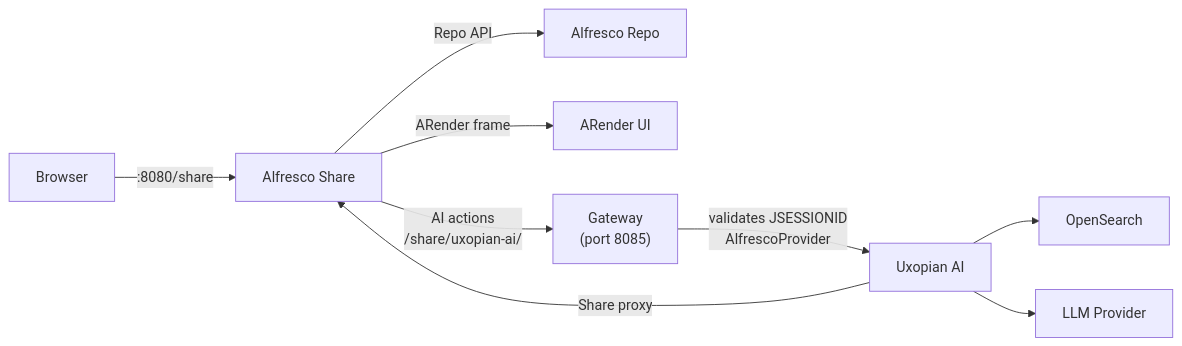
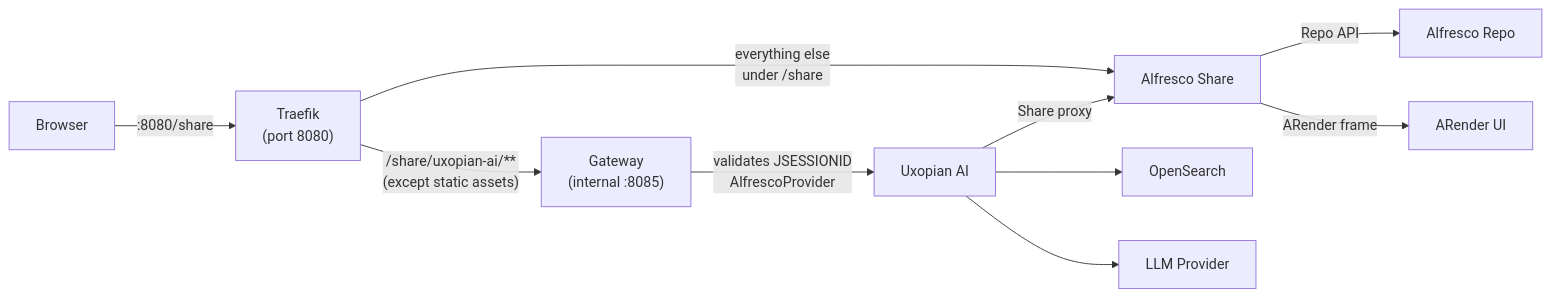
One commit to Uxopian/uxodocs changed the second of 2 diagrams in docs/uxopian-ai/getting_started/quickstart_alfresco.mdx. Above: the diagram before and after it, drawn with Mermaid. The commit also changed other lines of this file and 7 other files, not shown here.

````diff
--- a/docs/uxopian-ai/getting_started/quickstart_alfresco.mdx
+++ b/docs/uxopian-ai/getting_started/quickstart_alfresco.mdx
@@ -128,11 +135,12 @@
 ```mermaid
 flowchart LR
-    Browser -->|":8080/share"| Share["Alfresco Share"]
+    Browser -->|":8080/share"| Proxy["Traefik<br/>(port 8080)"]
+    Proxy -->|"/share/uxopian-ai/**<br/>(except static assets)"| GW["Gateway<br/>(internal :8085)"]
+    Proxy -->|"everything else<br/>under /share"| Share["Alfresco Share"]
     Share -->|"Repo API"| Repo["Alfresco Repo"]
     Share -->|"ARender frame"| ARender["ARender UI"]
-    Share -->|"AI actions<br/>/share/uxopian-ai/"| GW["Gateway<br/>(port 8085)"]
     GW -->|"validates JSESSIONID<br/>AlfrescoProvider"| UX["Uxopian AI"]
     UX -->|"Share proxy"| Share
     UX --> OS["OpenSearch"]
     UX --> LLM["LLM Provider"]
 ```
````
